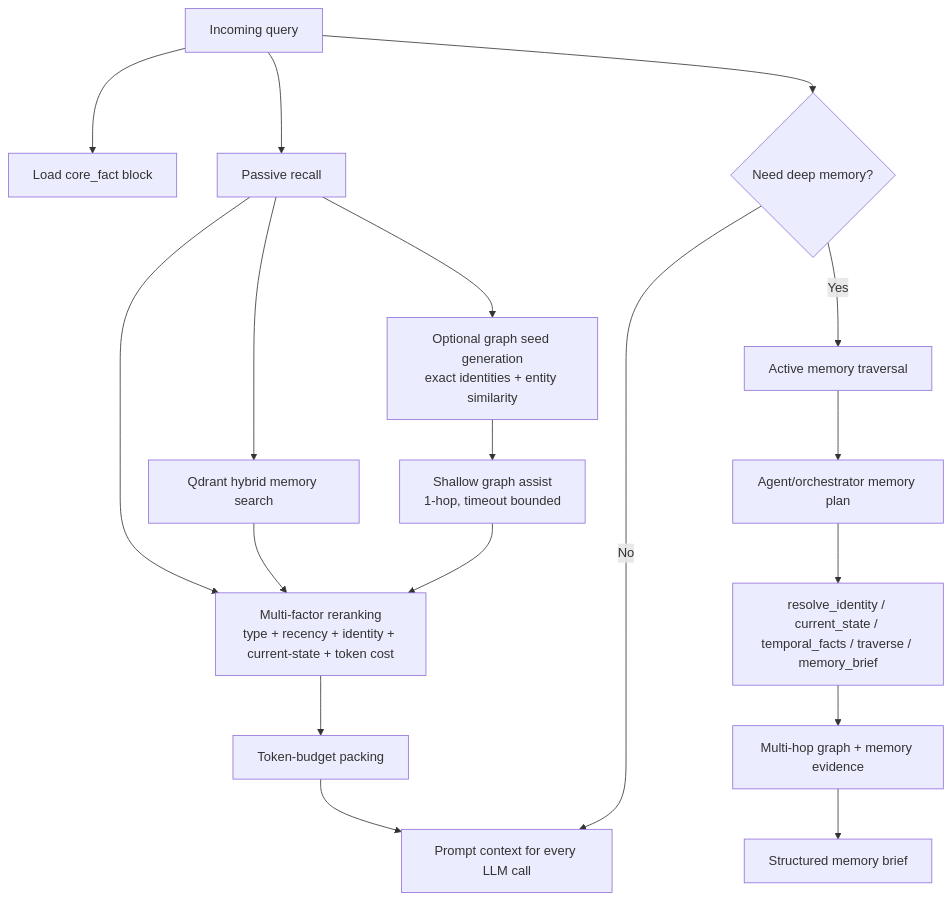
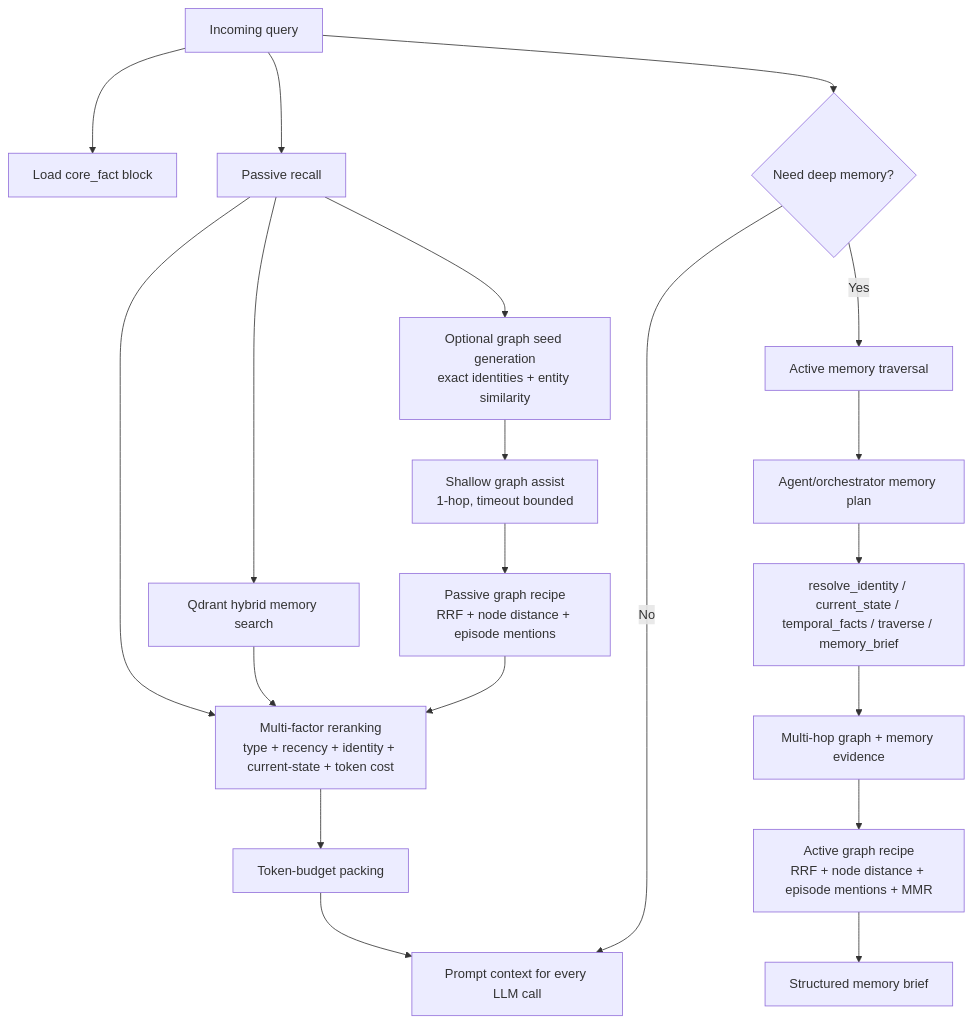
Before and after one commit to uspraveen/cosmic-memory: the fourth of 4 diagrams in README.md, drawn with Mermaid. The commit also changed other lines of this file and 25 other files, not shown here.

Commit message:
Build graph provenance, invalidation, and episode ingestion

````diff
--- a/README.md
+++ b/README.md
@@ -108,22 +134,24 @@
 ```mermaid
 flowchart TD
     QRY[Incoming query] --> CORE[Load core_fact block]
     QRY --> PASS[Passive recall]
 
     PASS --> MEMQ[Qdrant hybrid memory search]
     PASS --> RERANK[Multi-factor reranking<br/>type + recency + identity + current-state + token cost]
     PASS --> GSEED[Optional graph seed generation<br/>exact identities + entity similarity]
     GSEED --> G1[Shallow graph assist<br/>1-hop, timeout bounded]
+    G1 --> GRECIPE[Passive graph recipe<br/>RRF + node distance + episode mentions]
     MEMQ --> RERANK
-    G1 --> RERANK
+    GRECIPE --> RERANK
     RERANK --> PACK[Token-budget packing]
     PACK --> CTX[Prompt context for every LLM call]
 
     QRY --> DECIDE{Need deep memory?}
     DECIDE -->|Yes| ACTIVE[Active memory traversal]
     ACTIVE --> PLAN[Agent/orchestrator memory plan]
     PLAN --> TOOLS[resolve_identity / current_state / temporal_facts / traverse / memory_brief]
     TOOLS --> GRAPH[Multi-hop graph + memory evidence]
-    GRAPH --> BRIEF[Structured memory brief]
+    GRAPH --> ARECIPE[Active graph recipe<br/>RRF + node distance + episode mentions + MMR]
+    ARECIPE --> BRIEF[Structured memory brief]
     DECIDE -->|No| CTX
 ```
````
